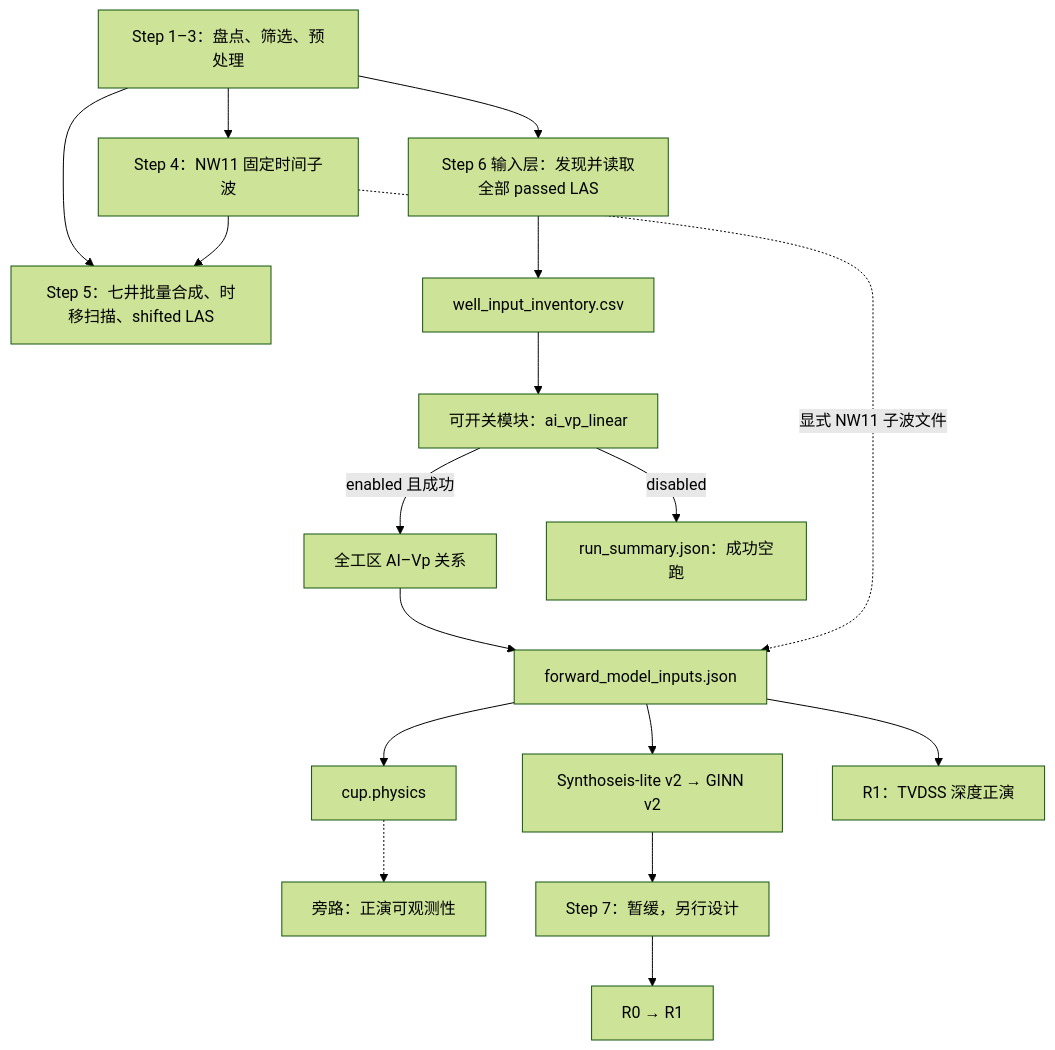
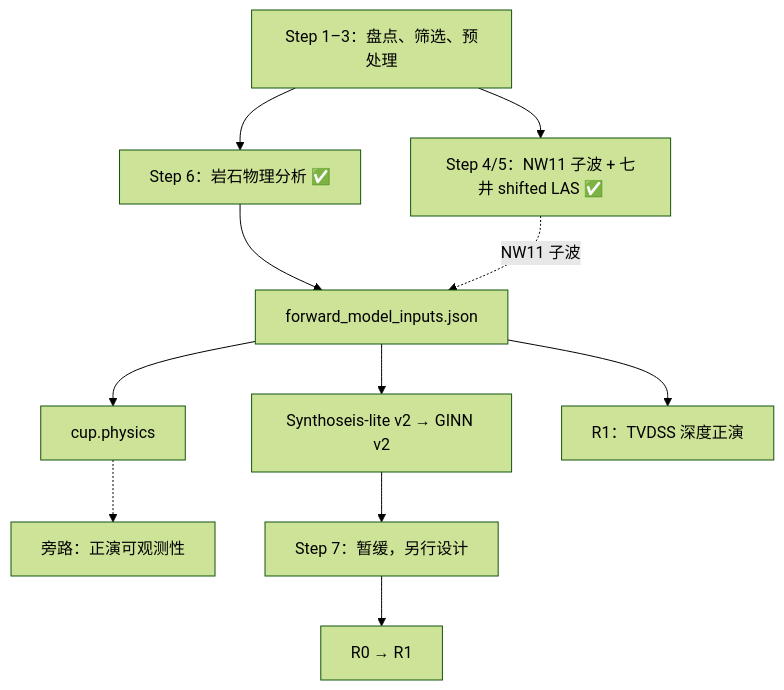
Before and after one commit to oimero/inversion_workflow: the diagram in docs/spec/DEPTH_DOMAIN_FORWARD_REFACTOR.md, drawn with Mermaid (forest theme). The commit also changed other lines of this file and 1 other file, not shown here.

````diff
--- a/docs/spec/DEPTH_DOMAIN_FORWARD_REFACTOR.md
+++ b/docs/spec/DEPTH_DOMAIN_FORWARD_REFACTOR.md
@@ -387,19 +387,13 @@
 ```mermaid
 flowchart TD
-    A["Step 1–3：盘点、筛选、预处理"] --> B["Step 4：NW11 固定时间子波"]
-    A --> C["Step 5：七井批量合成、时移扫描、shifted LAS"]
-    B --> C
-    A --> D["Step 6 输入层：发现并读取全部 passed LAS"]
-    D --> I["well_input_inventory.csv"]
-    I --> M["可开关模块：ai_vp_linear"]
-    M -->|enabled 且成功| RP["全工区 AI–Vp 关系"]
-    M -->|disabled| U["run_summary.json：成功空跑"]
-    RP --> E["forward_model_inputs.json"]
-    B -.->|显式 NW11 子波文件| E
-    E --> F["cup.physics"]
-    E --> G["Synthoseis-lite v2 → GINN v2"]
-    E --> H["R1：TVDSS 深度正演"]
-    F -.-> P["旁路：正演可观测性"]
-    G --> S["Step 7：暂缓，另行设计"]
-    S --> Z["R0 → R1"]
+    A["Step 1–3：盘点、筛选、预处理"] --> B["Step 4/5：NW11 子波 + 七井 shifted LAS ✅"]
+    A --> C["Step 6：岩石物理分析 ✅"]
+    C --> D["forward_model_inputs.json"]
+    B -.->|NW11 子波| D
+    D --> E["cup.physics"]
+    D --> F["Synthoseis-lite v2 → GINN v2"]
+    D --> G["R1：TVDSS 深度正演"]
+    E -.-> H["旁路：正演可观测性"]
+    F --> I["Step 7：暂缓，另行设计"]
+    I --> J["R0 → R1"]
 ```
````
